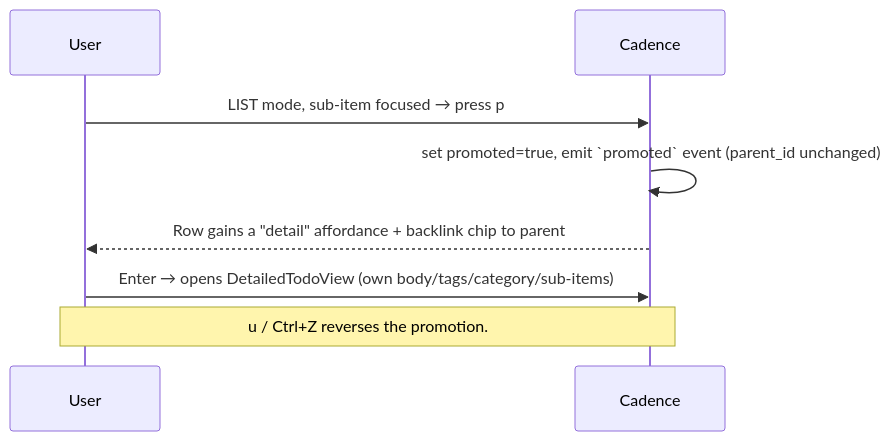
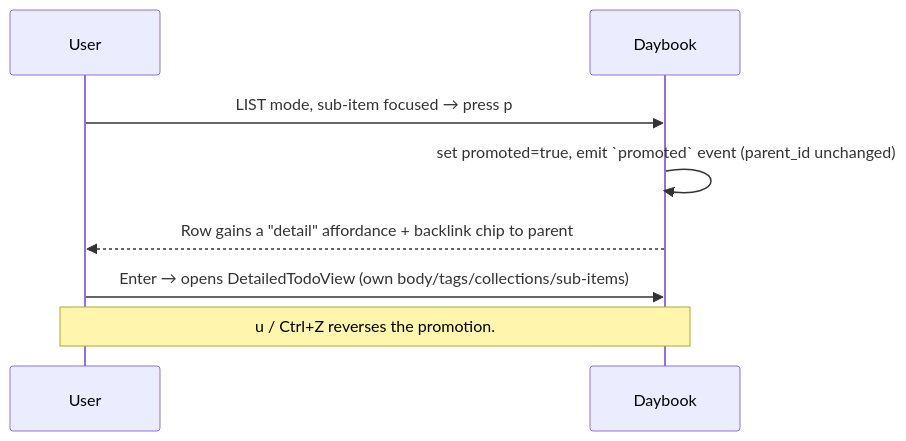
One commit to erancihan/erancihan changed the third of 3 diagrams in projects/todo-app/docs/04-ux-and-interaction.md. Above: the diagram before and after it, drawn with Mermaid. The commit also changed other lines of this file and 5 other files, not shown here.

First line of the commit message:
docs(todo-app): rename to Daybook; Alpine/Basecoat stack, m2m Collections, multi-host

````diff
--- a/projects/todo-app/docs/04-ux-and-interaction.md
+++ b/projects/todo-app/docs/04-ux-and-interaction.md
@@ -193,10 +193,10 @@
 ```mermaid
 sequenceDiagram
     participant U as User
-    participant App as Cadence
+    participant App as Daybook
     U->>App: LIST mode, sub-item focused → press p
     App->>App: set promoted=true, emit `promoted` event (parent_id unchanged)
     App-->>U: Row gains a "detail" affordance + backlink chip to parent
-    U->>App: Enter → opens DetailedTodoView (own body/tags/category/sub-items)
+    U->>App: Enter → opens DetailedTodoView (own body/tags/collections/sub-items)
     Note over U,App: u / Ctrl+Z reverses the promotion.
 ```
````
